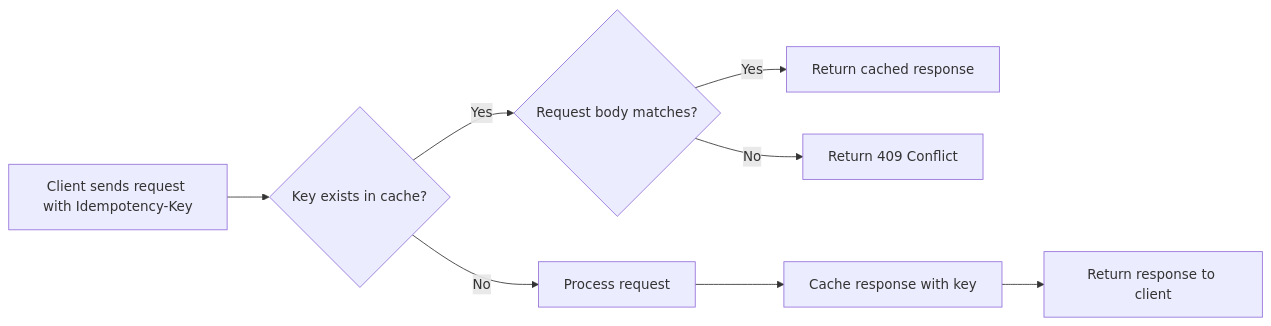
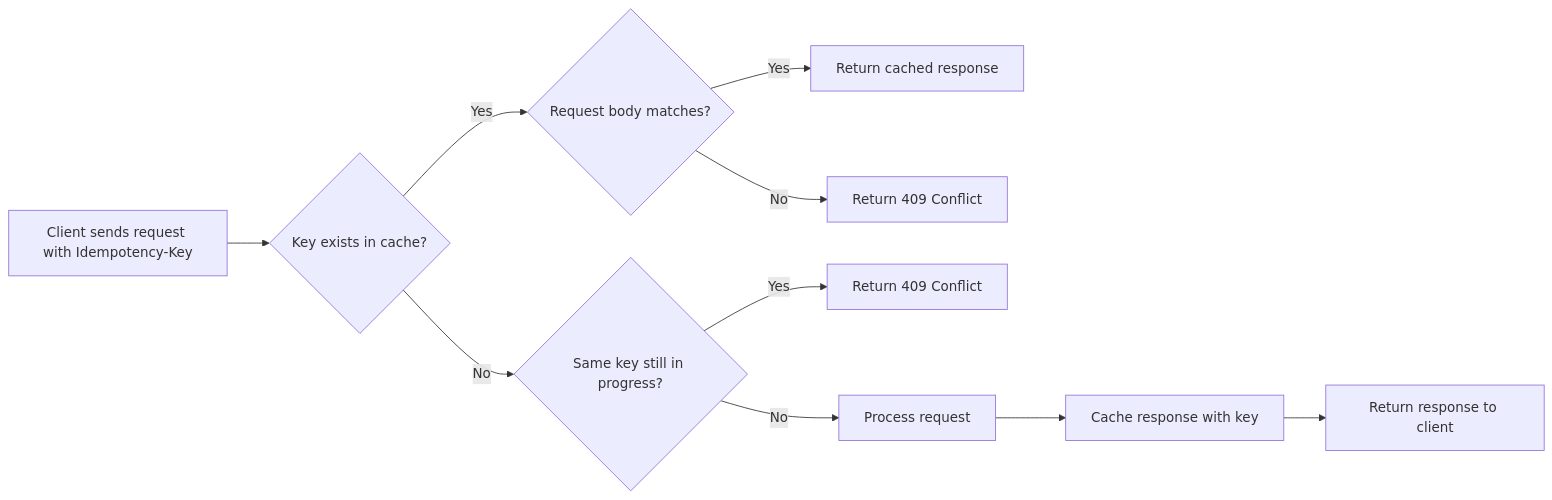
The diagram in docs/technical/idempotency.md (natelandau/valentina-noir), drawn with Mermaid before and after one commit. The commit also changed other lines of this file and 143 other files, not shown here.

````diff
--- a/docs/technical/idempotency.md
+++ b/docs/technical/idempotency.md
@@ -19,10 +20,12 @@
 ```mermaid
 flowchart LR
     A[Client sends request with Idempotency-Key] --> B{Key exists in cache?}
     B -->|Yes| C{Request body matches?}
     C -->|Yes| D[Return cached response]
     C -->|No| E[Return 409 Conflict]
-    B -->|No| F[Process request]
+    B -->|No| I{Same key still in progress?}
+    I -->|Yes| J[Return 409 Conflict]
+    I -->|No| F[Process request]
     F --> G[Cache response with key]
     G --> H[Return response to client]
 ```
````
